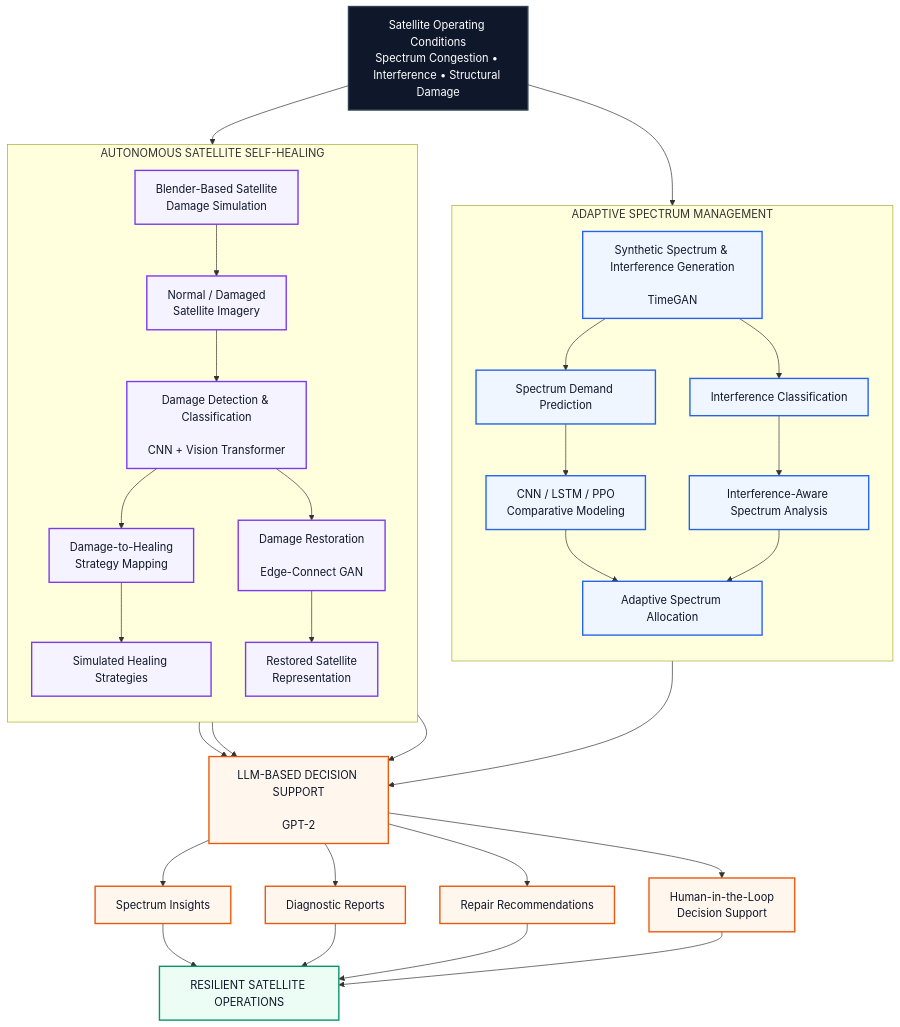
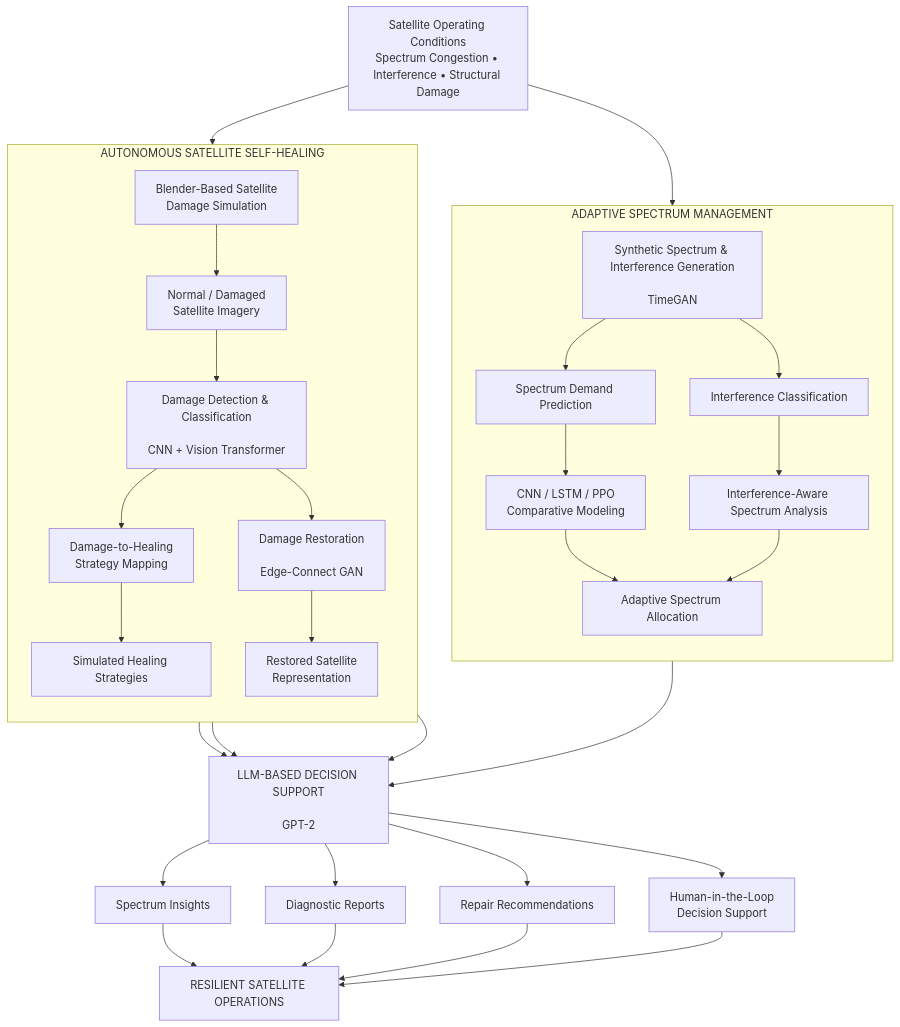
The diagram in README.md (Vaishnavi-2512/self-healing-satellite), drawn with Mermaid before and after one commit. The commit also changed other lines of this file, not shown here.

````diff
--- a/README.md
+++ b/README.md
@@ -19,59 +21,40 @@
 ```mermaid
 flowchart TB
-
     A["Satellite Operating Conditions<br/>Spectrum Congestion • Interference • Structural Damage"]
-
     A --> S1
     A --> H1
-
     subgraph S["ADAPTIVE SPECTRUM MANAGEMENT"]
         direction TB
         S1["Synthetic Spectrum & Interference Generation<br/><br/>TimeGAN"]
         S1 --> S2["Spectrum Demand Prediction"]
         S1 --> S3["Interference Classification"]
         S2 --> S4["CNN / LSTM / PPO<br/>Comparative Modeling"]
         S3 --> S5["Interference-Aware Spectrum Analysis"]
         S4 --> S6["Adaptive Spectrum Allocation"]
         S5 --> S6
     end
-
     subgraph H["AUTONOMOUS SATELLITE SELF-HEALING"]
         direction TB
         H1["Blender-Based Satellite<br/>Damage Simulation"]
         H1 --> H2["Normal / Damaged<br/>Satellite Imagery"]
         H2 --> H3["Damage Detection & Classification<br/><br/>CNN + Vision Transformer"]
         H3 --> H4["Damage Restoration<br/><br/>Edge-Connect GAN"]
         H3 --> H5["Damage-to-Healing<br/>Strategy Mapping"]
         H5 --> H6["Simulated Healing Strategies"]
         H4 --> H7["Restored Satellite<br/>Representation"]
     end
-
     S6 --> D
     H3 --> D
     H5 --> D
     H7 --> D
-
     D["LLM-BASED DECISION SUPPORT<br/><br/>GPT-2"]
     D --> O1["Spectrum Insights"]
     D --> O2["Diagnostic Reports"]
     D --> O3["Repair Recommendations"]
     D --> O4["Human-in-the-Loop<br/>Decision Support"]
-
     O1 --> F
     O2 --> F
     O3 --> F
     O4 --> F
     F["RESILIENT SATELLITE OPERATIONS"]
-
-    classDef input fill:#0f172a,color:#ffffff,stroke:#334155,stroke-width:2px;
-    classDef spectrum fill:#eff6ff,color:#0f172a,stroke:#2563eb,stroke-width:2px;
-    classDef healing fill:#f5f3ff,color:#0f172a,stroke:#7c3aed,stroke-width:2px;
-    classDef decision fill:#fff7ed,color:#0f172a,stroke:#ea580c,stroke-width:2px;
-    classDef output fill:#ecfdf5,color:#0f172a,stroke:#059669,stroke-width:2px;
-
-    class A input;
-    class S1,S2,S3,S4,S5,S6 spectrum;
-    class H1,H2,H3,H4,H5,H6,H7 healing;
-    class D,O1,O2,O3,O4 decision;
-    class F output;
 ```
````
